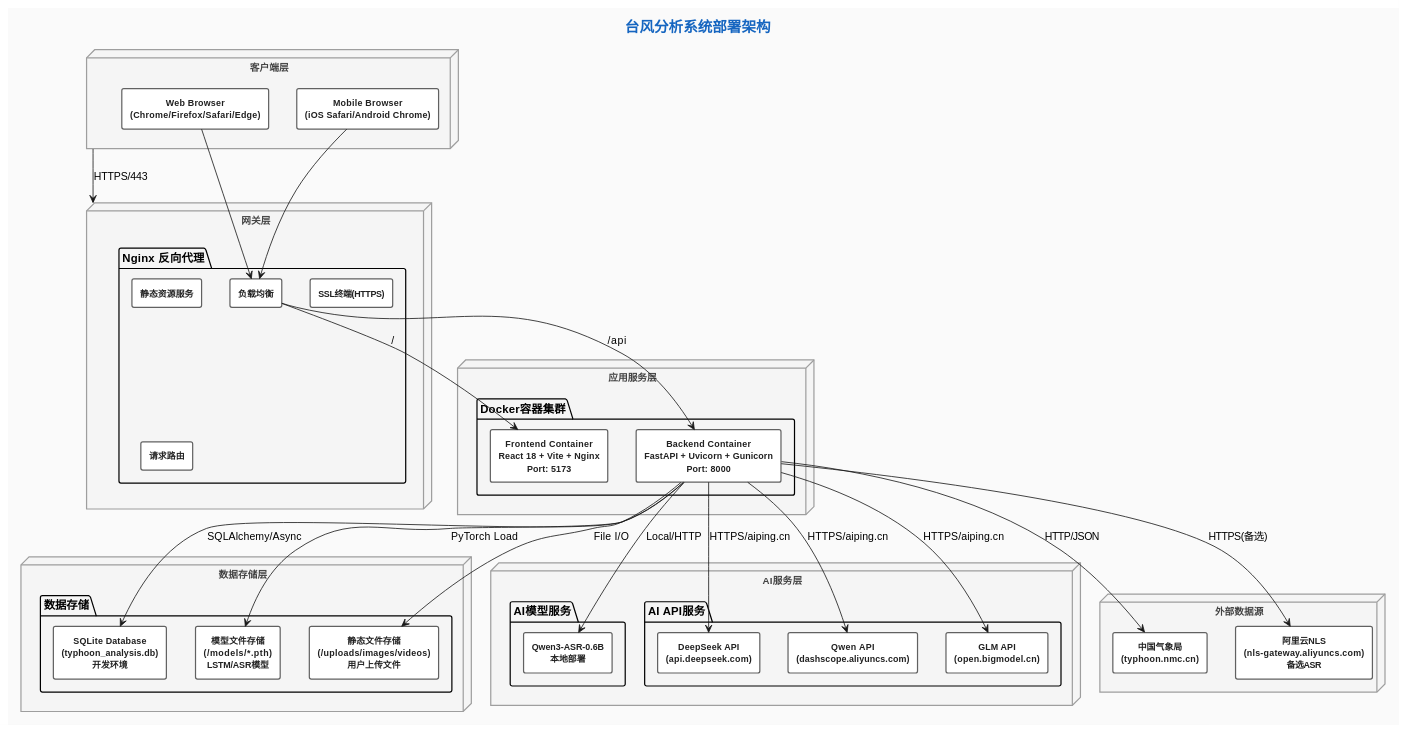
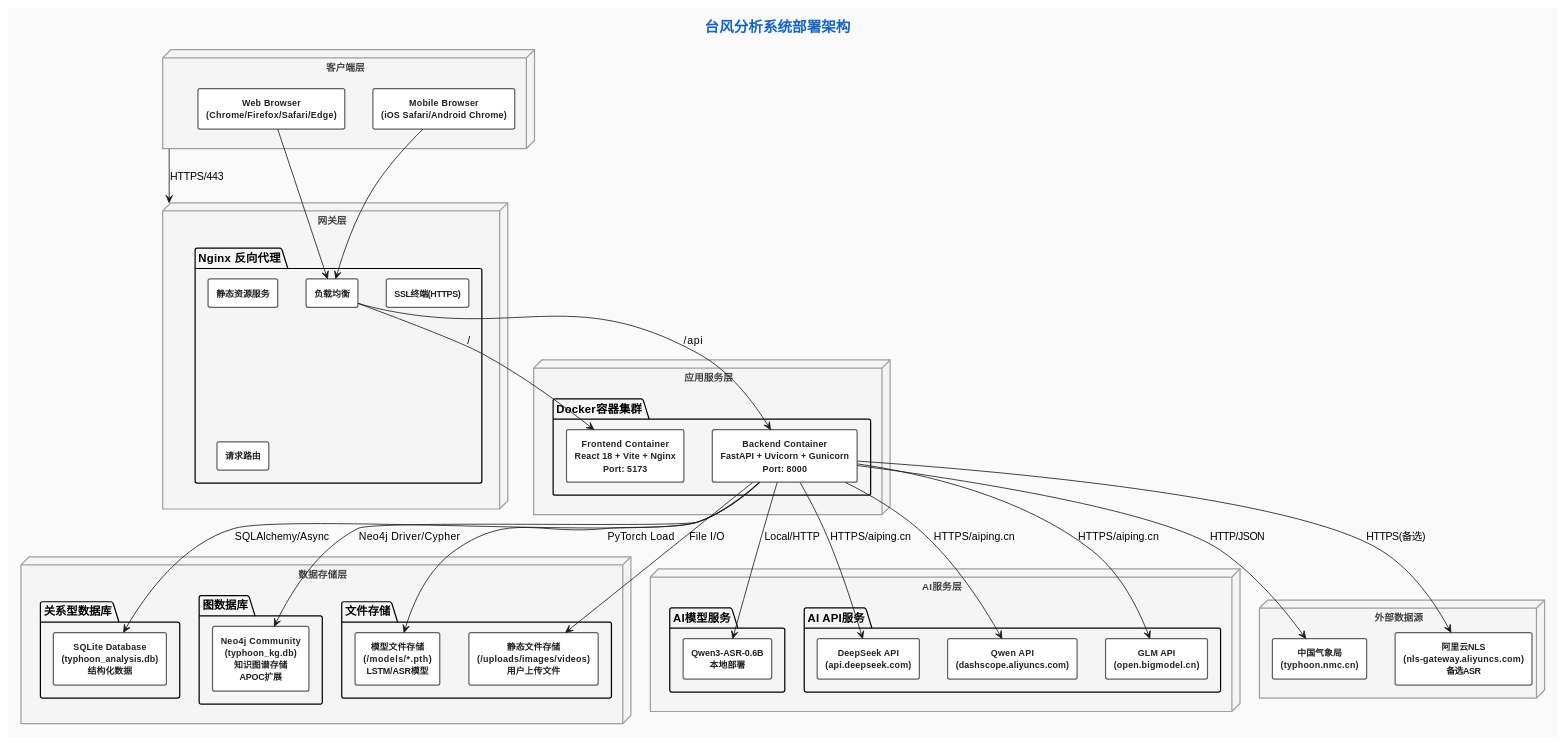
One commit to 223nobody/TyphoonAnalysis changed diagram 16 of 16 in docs/系统图表集.md. Above: the diagram before and after it, drawn with PlantUML. The commit also changed other lines of this file and 60 other files, not shown here.

Commit message:
feat:新增知识图谱功能

```diff
--- a/docs/系统图表集.md
+++ b/docs/系统图表集.md
@@ -1910,8 +2292,13 @@
 }
 
 node "数据存储层" as DataLayer {
-package "数据存储" {
-rectangle "SQLite Database\n(typhoon_analysis.db)\n开发环境" as SQLite
+package "关系型数据库" {
+rectangle "SQLite Database\n(typhoon_analysis.db)\n结构化数据" as SQLite
+}
+package "图数据库" {
+rectangle "Neo4j Community\n(typhoon_kg.db)\n知识图谱存储\nAPOC扩展" as Neo4j
+}
+package "文件存储" {
 rectangle "模型文件存储\n(/models/*.pth)\nLSTM/ASR模型" as Models
 rectangle "静态文件存储\n(/uploads/images/videos)\n用户上传文件" as Uploads
 }
@@ -1942,6 +2329,7 @@
 LB --> Backend : /api
 
 Backend --> SQLite : SQLAlchemy/Async
+Backend --> Neo4j : Neo4j Driver/Cypher
 Backend --> Models : PyTorch Load
 Backend --> Uploads : File I/O
 
```
